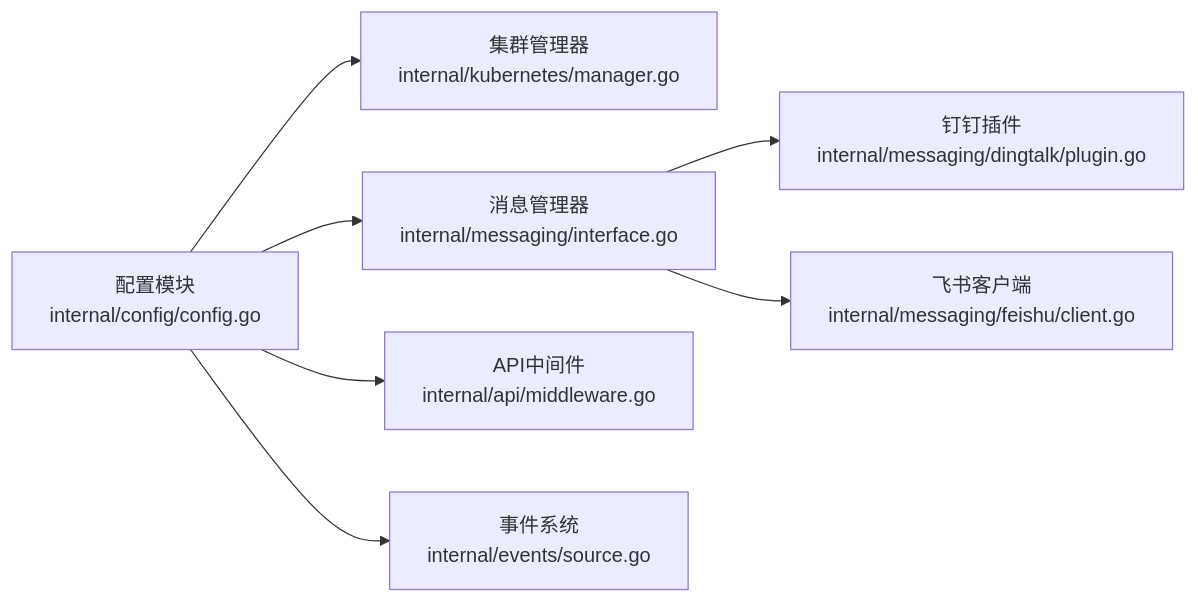
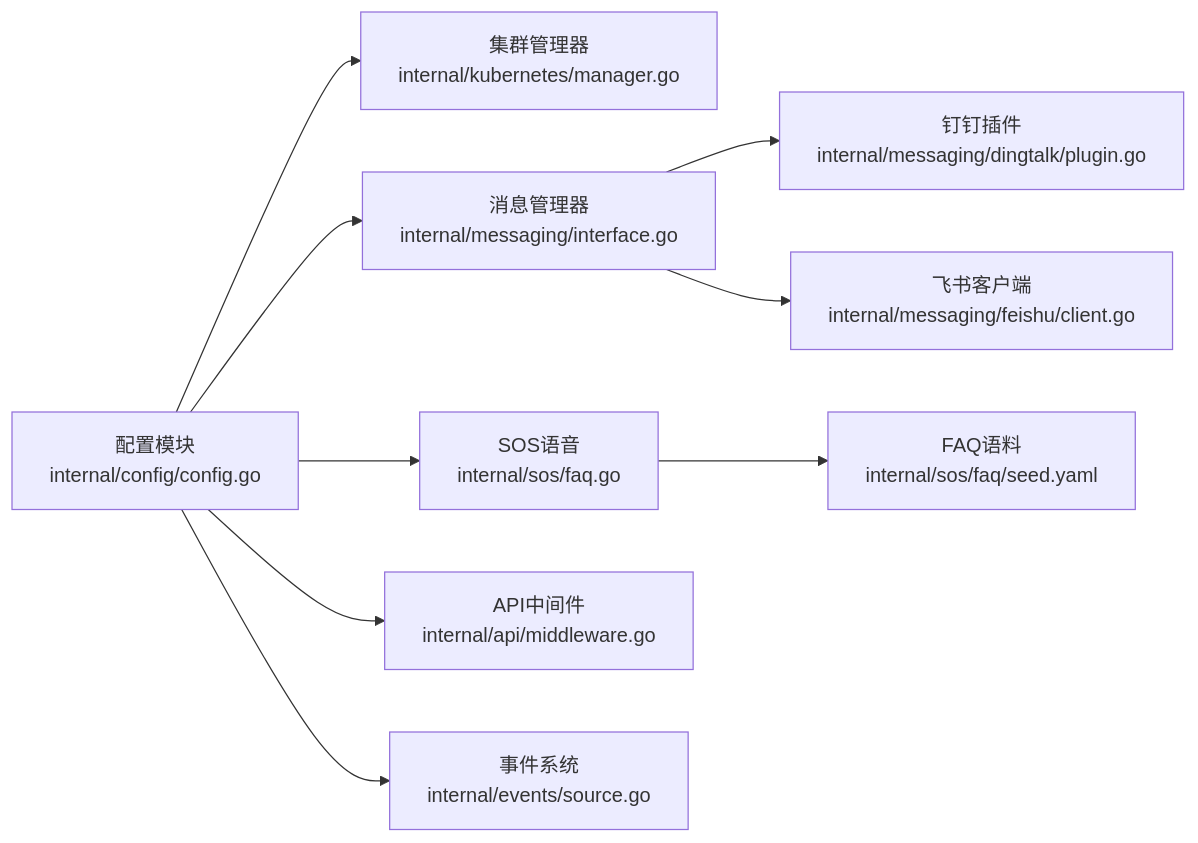
Before and after one commit to kudig-io/klaw: the fourth of 4 diagrams in .qoder/repowiki/zh/content/安装部署/配置管理.md, drawn with Mermaid. The commit also changed other lines of this file and 232 other files, not shown here.

````diff
--- a/.qoder/repowiki/zh/content/安装部署/配置管理.md
+++ b/.qoder/repowiki/zh/content/安装部署/配置管理.md
@@ -332,9 +402,11 @@
 ```mermaid
 graph LR
 Config["配置模块<br/>internal/config/config.go"] --> ClusterMgr["集群管理器<br/>internal/kubernetes/manager.go"]
 Config --> MsgMgr["消息管理器<br/>internal/messaging/interface.go"]
+Config --> SOS["SOS语音<br/>internal/sos/faq.go"]
 Config --> APIMW["API中间件<br/>internal/api/middleware.go"]
 Config --> EventSys["事件系统<br/>internal/events/source.go"]
 MsgMgr --> DingTalk["钉钉插件<br/>internal/messaging/dingtalk/plugin.go"]
 MsgMgr --> Feishu["飞书客户端<br/>internal/messaging/feishu/client.go"]
+SOS --> FAQ["FAQ语料<br/>internal/sos/faq/seed.yaml"]
 ```
````
